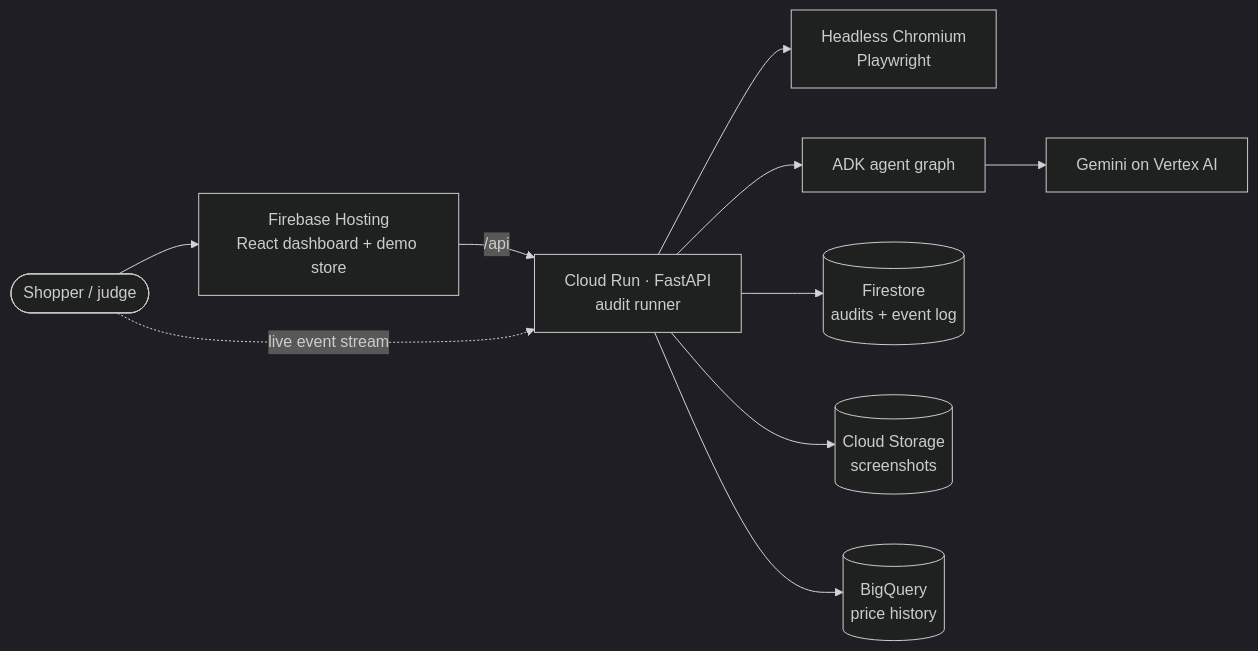
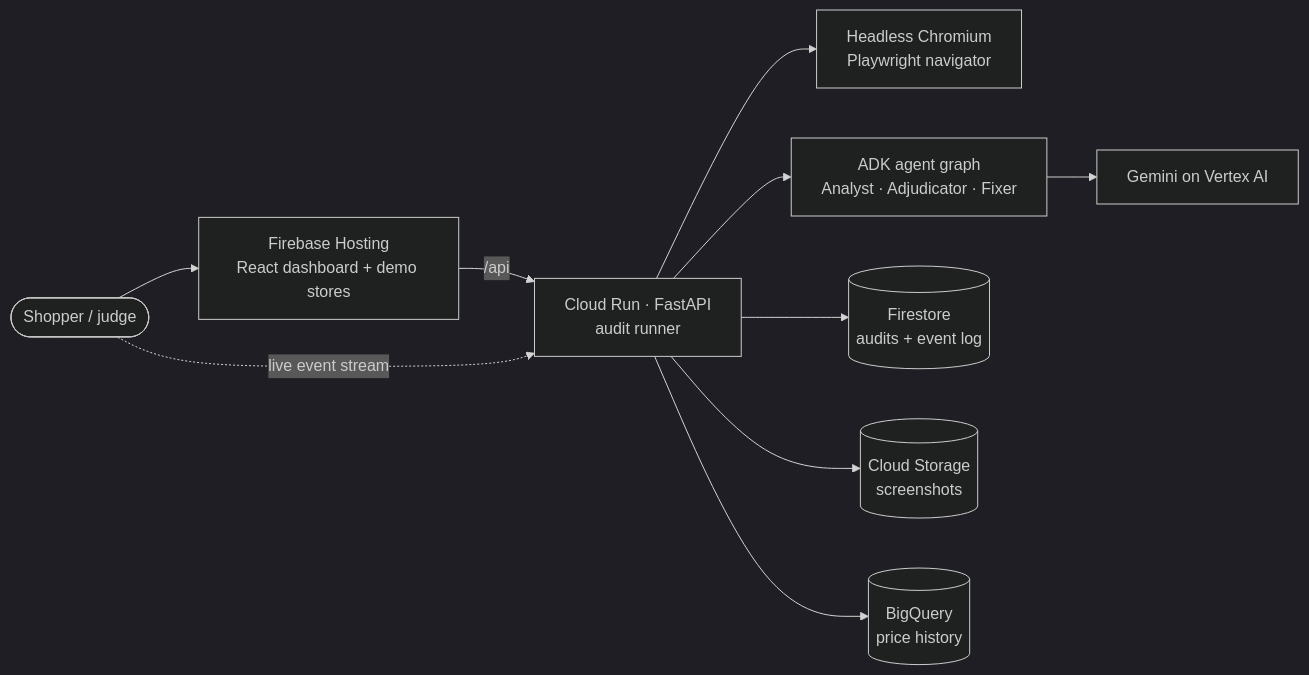
Before and after one commit to saubhagyaashish/shop-honest: the diagram in README.md, drawn with Mermaid (dark theme). The commit also changed other lines of this file and 6 other files, not shown here.

````diff
--- a/README.md
+++ b/README.md
@@ -23,12 +73,12 @@
 ```mermaid
 flowchart LR
-  user([Shopper / judge]) --> hosting[Firebase Hosting<br/>React dashboard + demo store]
+  user([Shopper / judge]) --> hosting[Firebase Hosting<br/>React dashboard + demo stores]
   hosting -- /api --> run[Cloud Run · FastAPI<br/>audit runner]
   user -. live event stream .-> run
-  run --> browser[Headless Chromium<br/>Playwright]
-  run --> agents[ADK agent graph]
+  run --> browser[Headless Chromium<br/>Playwright navigator]
+  run --> agents[ADK agent graph<br/>Analyst · Adjudicator · Fixer]
   agents --> gemini[Gemini on Vertex AI]
   run --> fs[(Firestore<br/>audits + event log)]
   run --> gcs[(Cloud Storage<br/>screenshots)]
   run --> bq[(BigQuery<br/>price history)]
 ```
````
